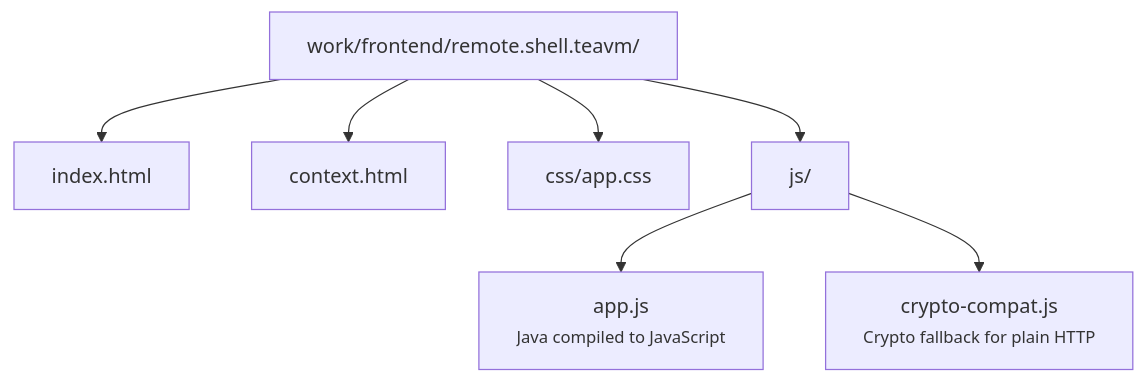
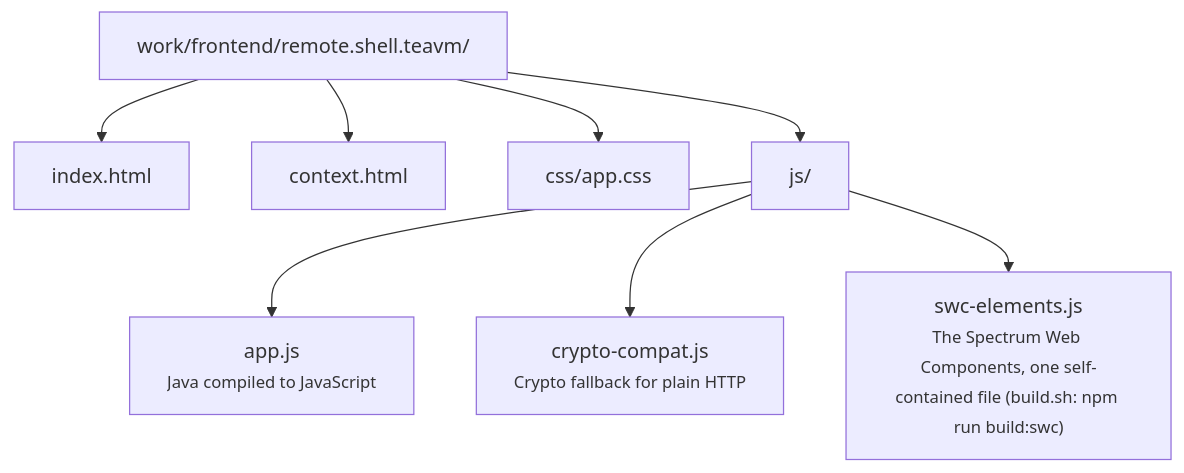
One commit to mrcdom/wdc-cube-java-v2 changed the fourth of 4 diagrams in fontes/br.com.wdc.store/br.com.wdc.store.view.remote/remote.shell.teavm/README.md. Above: the diagram before and after it, drawn with Mermaid. The commit also changed other lines of this file and 6 other files, not shown here.

First line of the commit message:
🐛 [BUGFIX] the TeaVM remote shell builds its Spectrum Web Components bundle, as teavm.web does

````diff
--- a/fontes/br.com.wdc.store/br.com.wdc.store.view.remote/remote.shell.teavm/README.md
+++ b/fontes/br.com.wdc.store/br.com.wdc.store.view.remote/remote.shell.teavm/README.md
@@ -182,17 +182,19 @@
 ```mermaid
 graph TD
     root["work/frontend/remote.shell.teavm/"]
     index["index.html"]
     context["context.html"]
     css["css/app.css"]
     js["js/"]
     appJs["app.js<br/><small>Java compiled to JavaScript</small>"]
     compatJs["crypto-compat.js<br/><small>Crypto fallback for plain HTTP</small>"]
+    swcJs["swc-elements.js<br/><small>The Spectrum Web Components, one self-contained file (build.sh: npm run build:swc)</small>"]
 
     root --> index
     root --> context
     root --> css
     root --> js
     js --> appJs
     js --> compatJs
+    js --> swcJs
 ```
````
